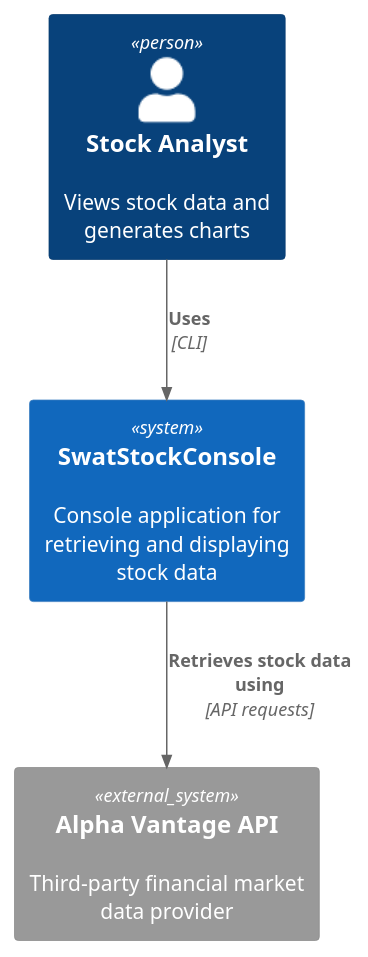
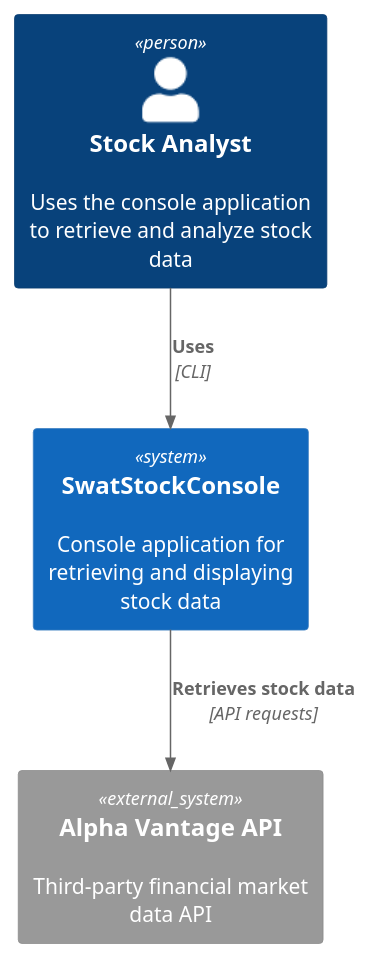
One commit to ostaubzug/SwatStockConsole changed the diagram in docs/c4/diagrams/c4_context.puml. Above: the diagram before and after it, drawn with PlantUML. The commit also changed 6 other files, not shown here.

```diff
--- a/docs/c4/diagrams/c4_context.puml
+++ b/docs/c4/diagrams/c4_context.puml
@@ -1,12 +1,13 @@
 @startuml
 !include https://raw.githubusercontent.com/plantuml-stdlib/C4-PlantUML/master/C4_Container.puml
 !include https://raw.githubusercontent.com/plantuml-stdlib/C4-PlantUML/master/C4_Component.puml
 !include https://raw.githubusercontent.com/plantuml-stdlib/C4-PlantUML/master/C4_Context.puml
 
-Person(stock_analyst, "Stock Analyst", "Views stock data and generates charts")
-System(swat_stock_console, "SwatStockConsole", "Console application for retrieving and displaying stock data")
-System_Ext(alpha_vantage, "Alpha Vantage API", "Third-party financial market data provider")
+Person(analyst, "Stock Analyst", "Uses the console application to retrieve and analyze stock data")
+System(swat_stock, "SwatStockConsole", "Console application for retrieving and displaying stock data")
+System_Ext(alpha_vantage, "Alpha Vantage API", "Third-party financial market data API")
 
-Rel(stock_analyst, swat_stock_console, "Uses", "CLI")
-Rel(swat_stock_console, alpha_vantage, "Retrieves stock data using", "API requests")
+Rel(analyst, swat_stock, "Uses", "CLI")
+Rel(swat_stock, alpha_vantage, "Retrieves stock data", "API requests")
+
 @enduml
```
